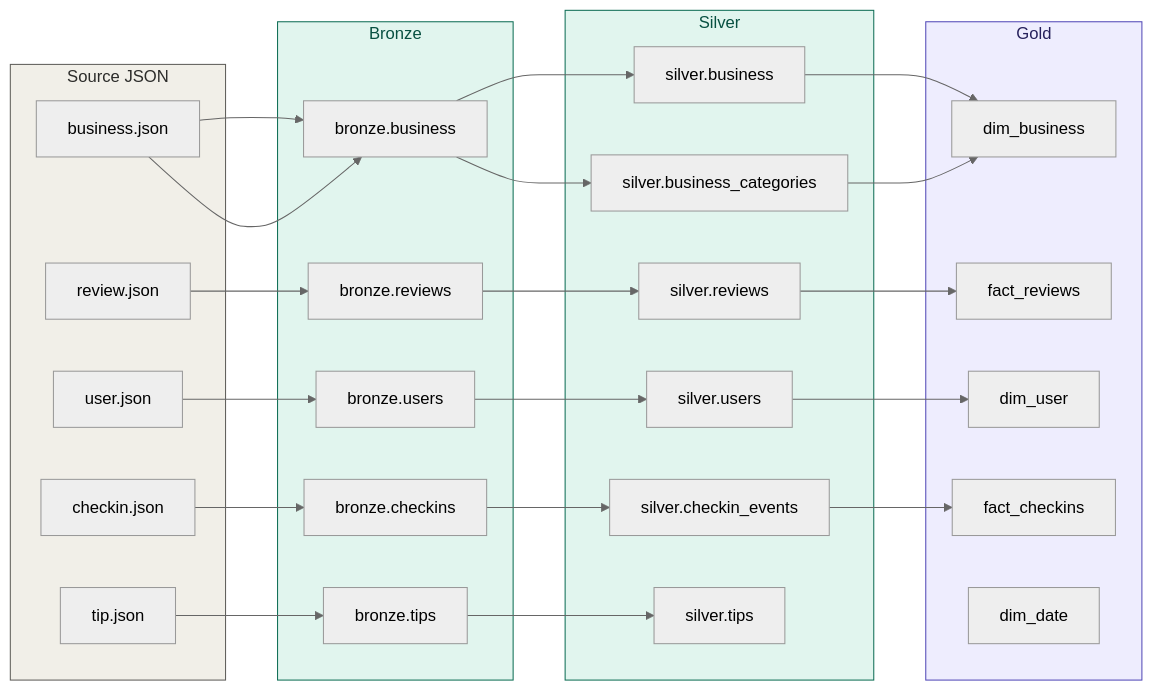
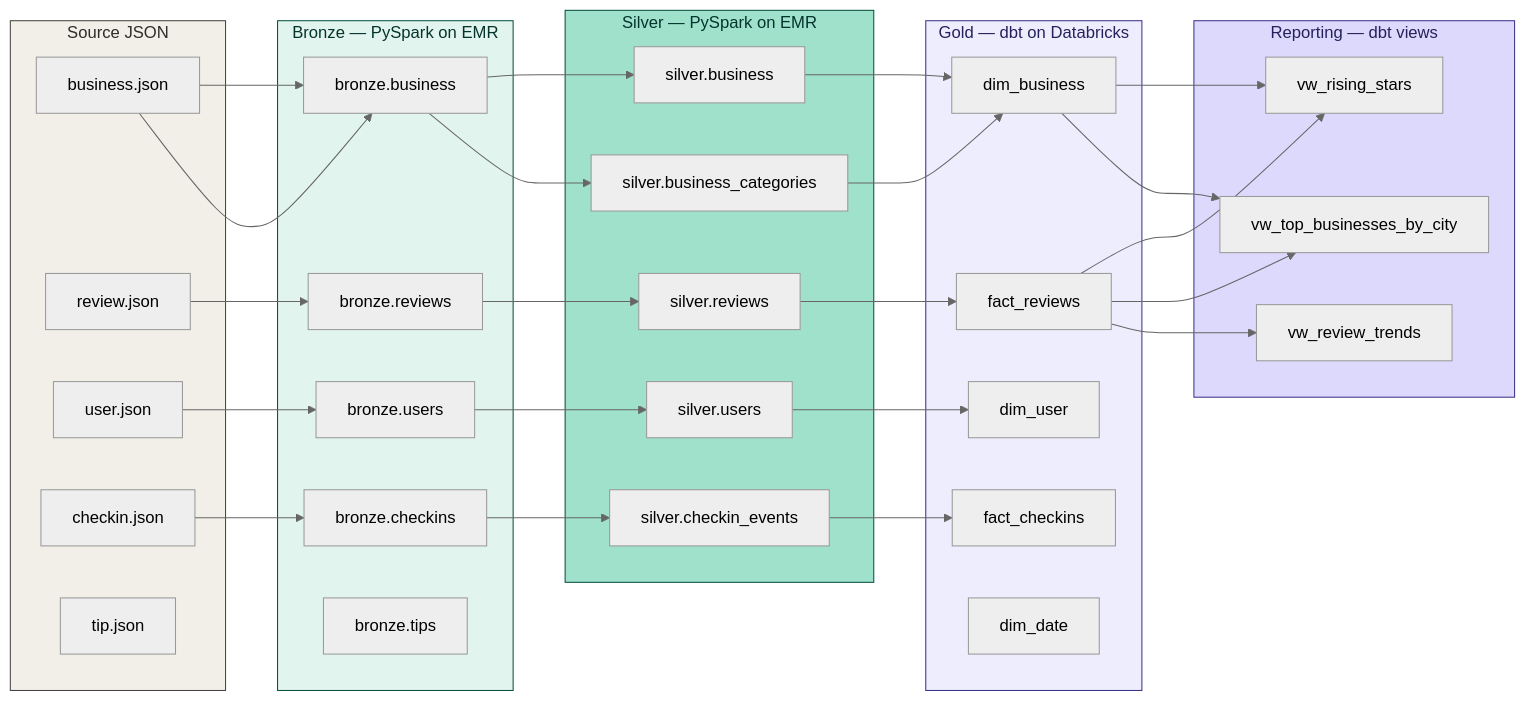
The first of 3 diagrams in finalto/docs/diagrams/data_lineage_diagram.md (Aamirali7596/Finalto_Yelp_project), drawn with Mermaid (neutral theme) before and after one commit. The commit also changed other lines of this file and 6 other files, not shown here.

First line of the commit message:
Refactor Yelp Data Engineering Platform Documentation and Architecture

````diff
--- a/finalto/docs/diagrams/data_lineage_diagram.md
+++ b/finalto/docs/diagrams/data_lineage_diagram.md
@@ -8,47 +8,57 @@
 ```mermaid
 flowchart LR
-    subgraph SRC [Source JSON]
+    subgraph SRC ["Source JSON"]
         s1[business.json]
         s2[review.json]
         s3[user.json]
         s4[checkin.json]
         s5[tip.json]
     end
 
-    subgraph BRZ [Bronze]
+    subgraph BRZ ["Bronze — PySpark on EMR"]
         b1[bronze.business]
         b2[bronze.reviews]
         b3[bronze.users]
         b4[bronze.checkins]
         b5[bronze.tips]
     end
 
-    subgraph SLV [Silver]
+    subgraph SLV ["Silver — PySpark on EMR"]
         sv1[silver.business]
         sv2[silver.business_categories]
         sv3[silver.reviews]
         sv4[silver.users]
         sv5[silver.checkin_events]
-        sv6[silver.tips]
     end
 
-    subgraph GLD [Gold]
+    subgraph GLD ["Gold — dbt on Databricks"]
         g1[dim_business]
         g2[fact_reviews]
         g3[dim_user]
         g4[fact_checkins]
         g5[dim_date]
     end
 
+    subgraph RPT ["Reporting — dbt views"]
+        r1[vw_rising_stars]
+        r2[vw_top_businesses_by_city]
+        r3[vw_review_trends]
+    end
+
     s1 --> b1 --> sv1 --> g1
     s1 --> b1 --> sv2 --> g1
     s2 --> b2 --> sv3 --> g2
     s3 --> b3 --> sv4 --> g3
     s4 --> b4 --> sv5 --> g4
-    s5 --> b5 --> sv6
+    g2 --> r1
+    g1 --> r1
+    g2 --> r2
+    g1 --> r2
+    g2 --> r3
 
-    style SRC fill:#F1EFE8,stroke:#5F5E5A,color:#2C2C2A
-    style BRZ fill:#E1F5EE,stroke:#0F6E56,color:#085041
-    style SLV fill:#E1F5EE,stroke:#0F6E56,color:#085041
-    style GLD fill:#EEEDFE,stroke:#534AB7,color:#26215C
+    style SRC fill:#F1EFE8,stroke:#444441,color:#2C2C2A
+    style BRZ fill:#E1F5EE,stroke:#085041,color:#04342C
+    style SLV fill:#9FE1CB,stroke:#085041,color:#04342C
+    style GLD fill:#EEEDFE,stroke:#3C3489,color:#26215C
+    style RPT fill:#DDD9FC,stroke:#3C3489,color:#26215C
 ```
````
